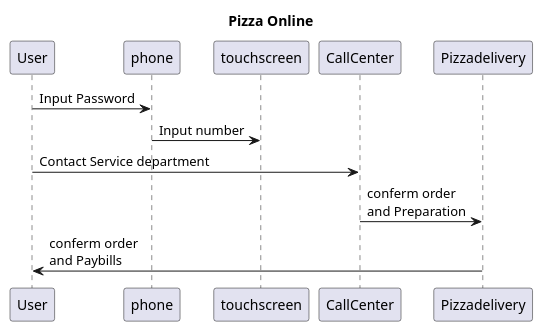
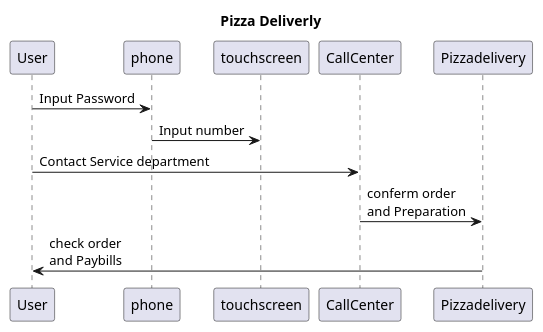
Before and after one commit to est160/OOAD-WEEK10: the second of 5 diagrams in README.md, drawn with PlantUML. The commit also changed other lines of this file, not shown here.

```diff
--- a/README.md
+++ b/README.md
@@ -40,16 +40,17 @@
 @startuml
 
-title "Pizza Online"
+title "Pizza Deliverly"
+
 
 User->phone : Input Password
 
 phone->touchscreen : Input number
 
 User->CallCenter : Contact Service department
 
 CallCenter->Pizzadelivery : conferm order \nand Preparation
 
-Pizzadelivery->User : conferm order \nand Paybills
+Pizzadelivery->User : check order \nand Paybills
 
 
 @enduml
```
